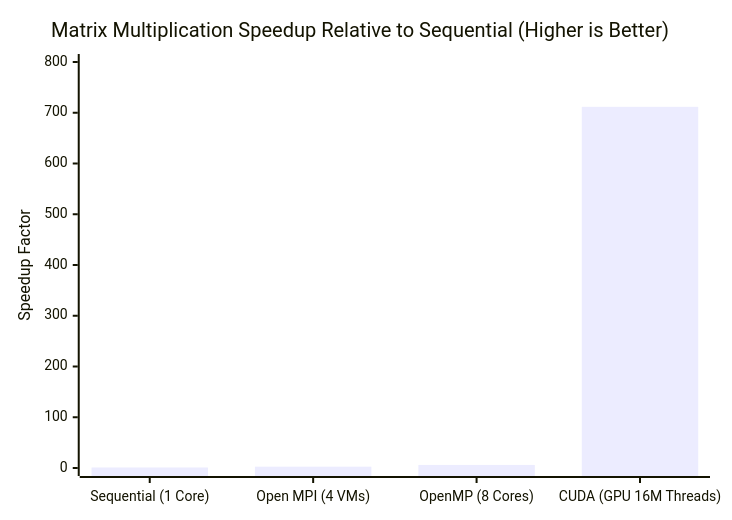
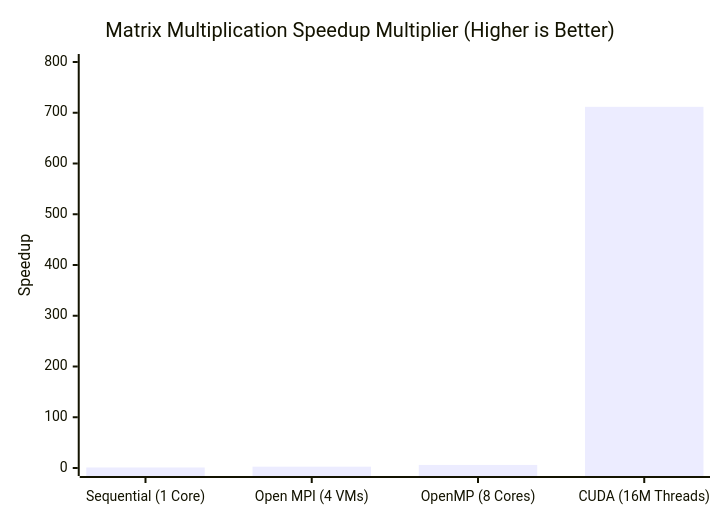
One commit to mehaksayedyusuf/Parallel-and-GPU-Computing changed the first of 5 diagrams in README.md. Above: the diagram before and after it, drawn with Mermaid. The commit also changed other lines of this file, not shown here.

Commit message:
docs: natural human-written tone and added visual sequence diagrams for race conditions, barriers, cluster topology, and thread scaling

````diff
--- a/README.md
+++ b/README.md
@@ -43,7 +47,7 @@
 ```mermaid
 xychart-beta
-    title "Matrix Multiplication Speedup Relative to Sequential (Higher is Better)"
-    x-axis ["Sequential (1 Core)", "Open MPI (4 VMs)", "OpenMP (8 Cores)", "CUDA (GPU 16M Threads)"]
-    y-axis "Speedup Factor" 0 --> 800
+    title "Matrix Multiplication Speedup Multiplier (Higher is Better)"
+    x-axis ["Sequential (1 Core)", "Open MPI (4 VMs)", "OpenMP (8 Cores)", "CUDA (16M Threads)"]
+    y-axis "Speedup" 0 --> 800
     bar [1.0, 2.63, 6.02, 711.68]
 ```
````
